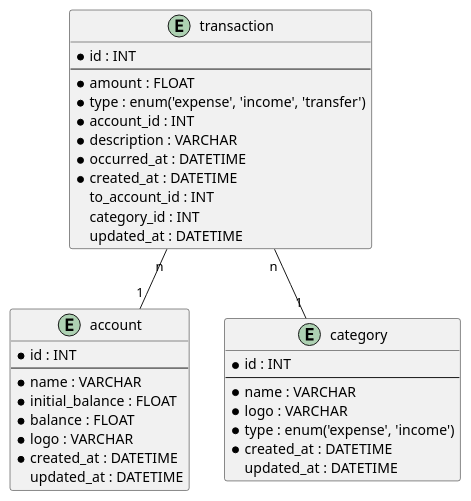
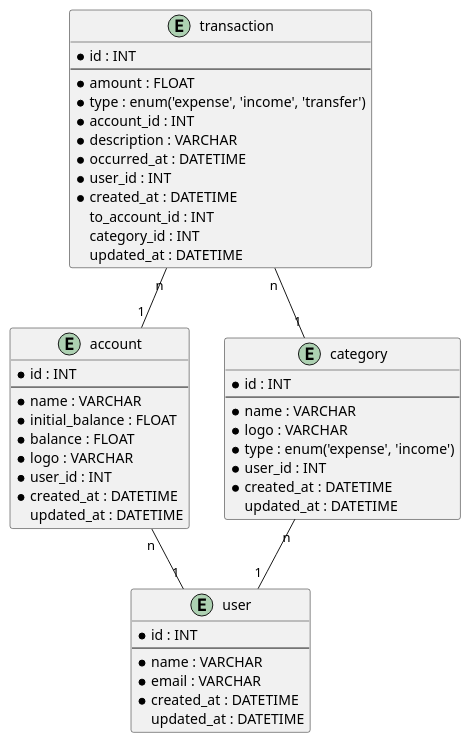
Before and after one commit to ylfyt/duitify: the diagram in docs/erd.puml, drawn with PlantUML. The commit also changed 22 other files, not shown here.

Commit message:
USING PUBLIC SCHEMA

```diff
--- a/docs/erd.puml
+++ b/docs/erd.puml
@@ -1,42 +1,56 @@
 @startuml erd
+
+entity user {
+    * id : INT
+    --
+    * name : VARCHAR
+    * email : VARCHAR
+    * created_at : DATETIME
+    updated_at : DATETIME
+}
 
 entity account {
     * id : INT
     --
     * name : VARCHAR
     * initial_balance : FLOAT
     * balance : FLOAT
     * logo : VARCHAR
+    * user_id : INT
     * created_at : DATETIME
     updated_at : DATETIME
 }
 
 entity category {
     * id : INT
     --
     * name : VARCHAR
     * logo : VARCHAR
     * type : enum('expense', 'income')
+    * user_id : INT
     * created_at : DATETIME
     updated_at : DATETIME
 }
 
 
 entity transaction {
     * id : INT
     --
     * amount : FLOAT
     * type : enum('expense', 'income', 'transfer')
     * account_id : INT
     * description : VARCHAR
     * occurred_at : DATETIME
+    * user_id : INT
     * created_at : DATETIME
     to_account_id : INT
     category_id : INT
     updated_at : DATETIME
 }
 
+account "n" -- "1" user
+category "n" -- "1" user
 transaction "n" -- "1" account
 transaction "n" -- "1" category
 
 @enduml
```
